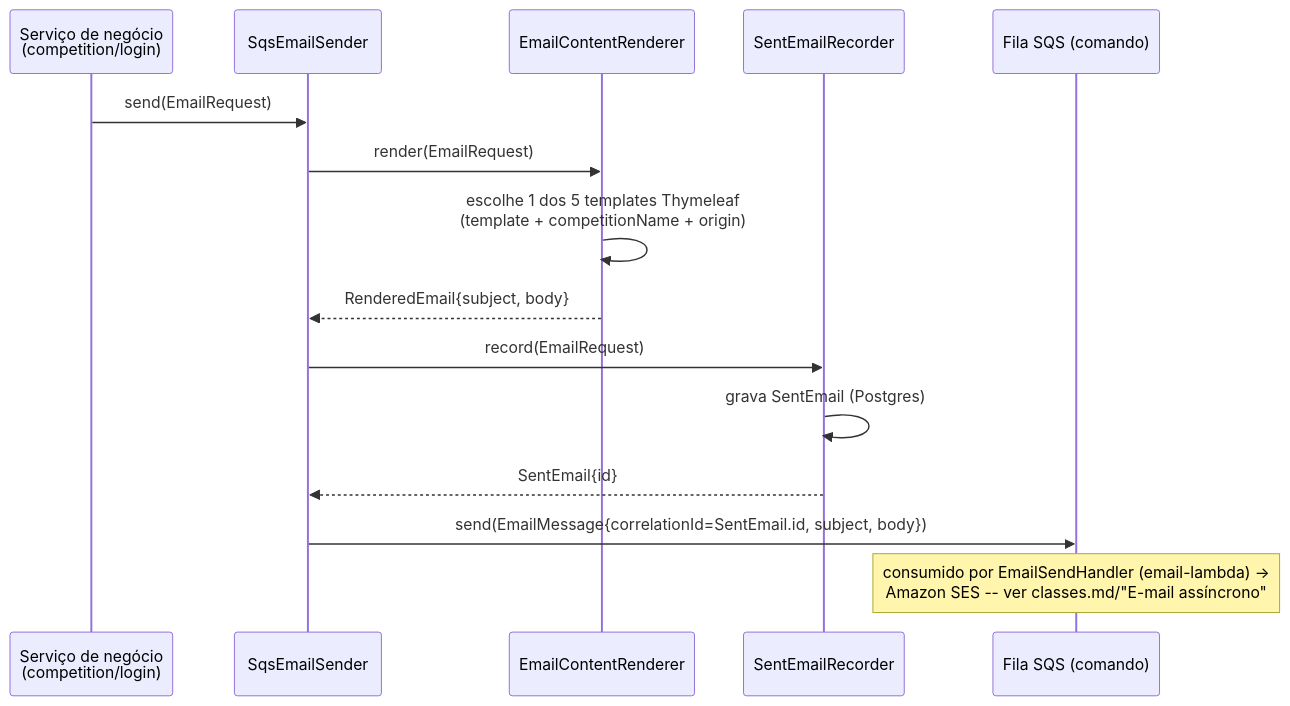
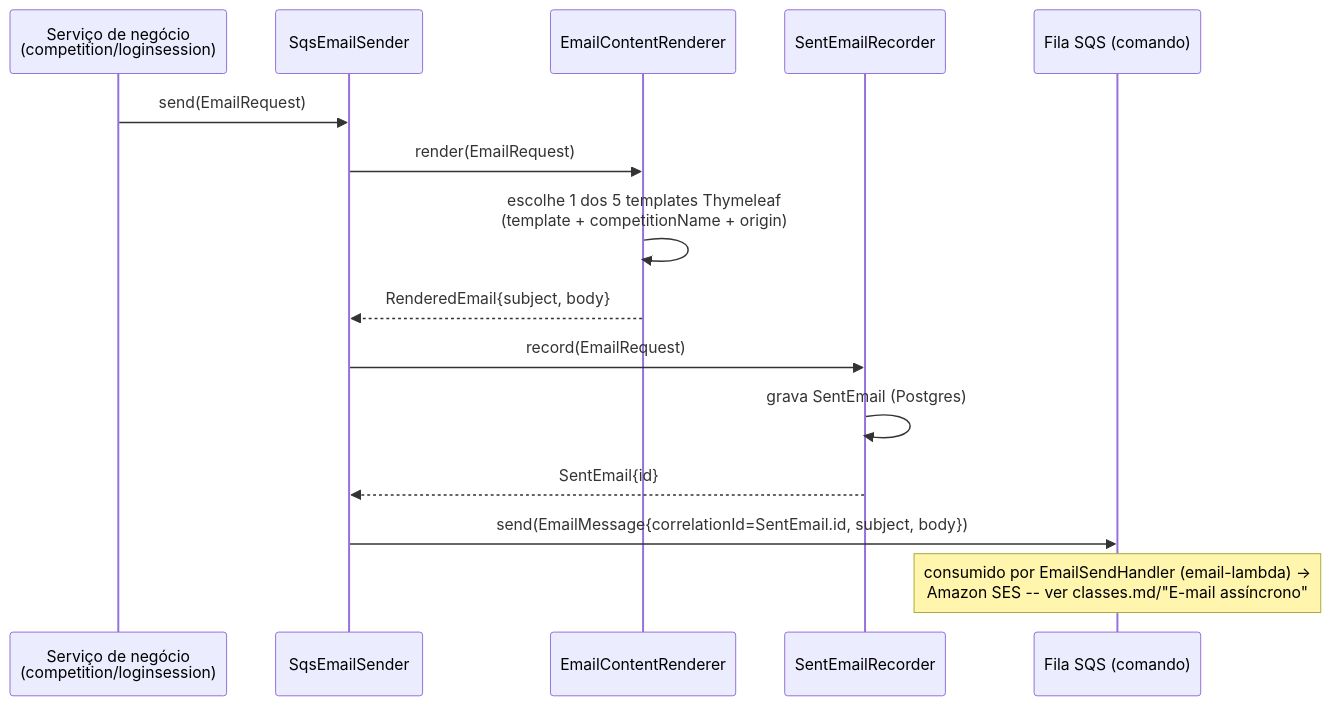
One commit to lalgarve/jogo-acoes changed the tenth of 21 diagrams in docs/diagrams/modulos.md. Above: the diagram before and after it, drawn with Mermaid. The commit also changed other lines of this file and 3 other files, not shown here.

First line of the commit message:
docs: update module diagrams for the login package split

````diff
--- a/docs/diagrams/modulos.md
+++ b/docs/diagrams/modulos.md
@@ -451,18 +456,18 @@
 ```mermaid
 sequenceDiagram
-    participant Svc as Serviço de negócio<br/>(competition/login)
+    participant Svc as Serviço de negócio<br/>(competition/loginsession)
     participant Sender as SqsEmailSender
     participant Renderer as EmailContentRenderer
     participant Rec as SentEmailRecorder
     participant SQS as Fila SQS (comando)
 
     Svc->>Sender: send(EmailRequest)
     Sender->>Renderer: render(EmailRequest)
     Renderer->>Renderer: escolhe 1 dos 5 templates Thymeleaf<br/>(template + competitionName + origin)
     Renderer-->>Sender: RenderedEmail{subject, body}
     Sender->>Rec: record(EmailRequest)
     Rec->>Rec: grava SentEmail (Postgres)
     Rec-->>Sender: SentEmail{id}
     Sender->>SQS: send(EmailMessage{correlationId=SentEmail.id, subject, body})
     Note over SQS: consumido por EmailSendHandler (email-lambda) →<br/>Amazon SES -- ver classes.md/"E-mail assíncrono"
 ```
````
